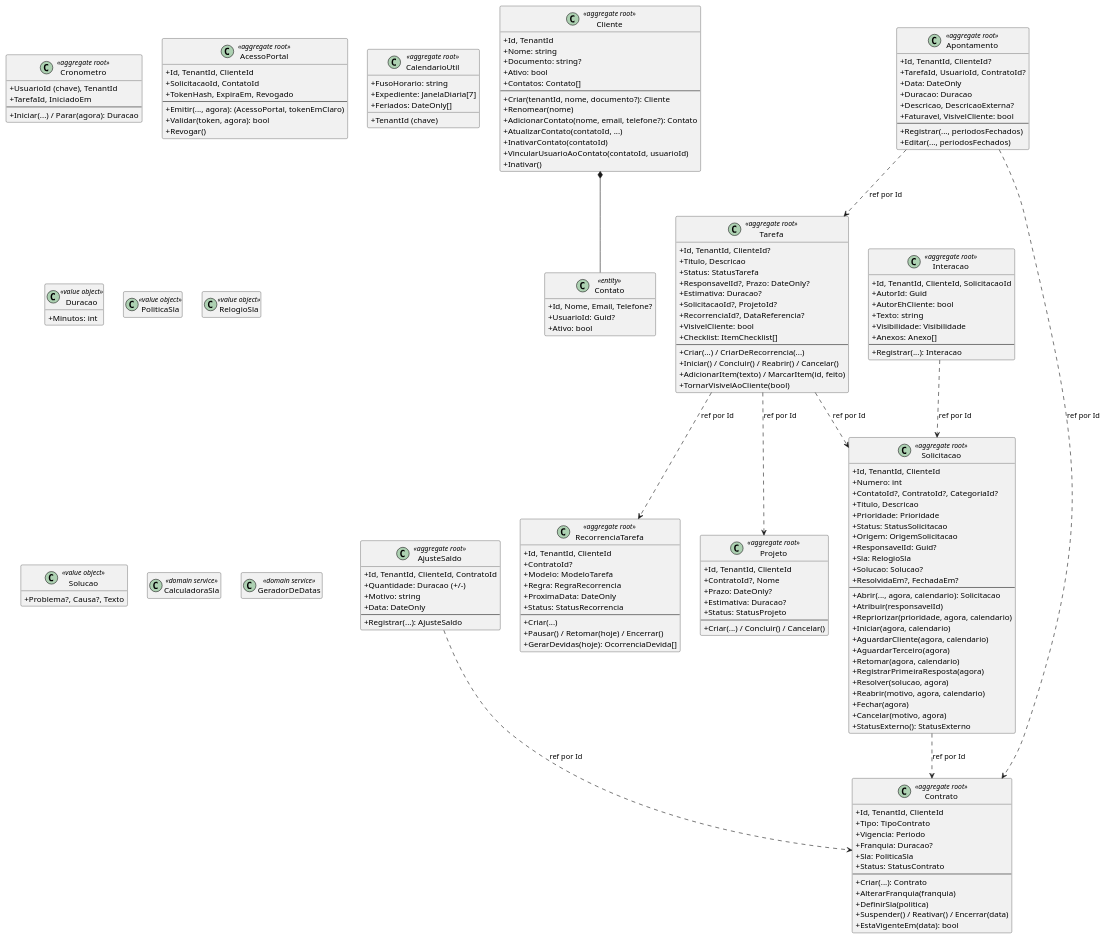
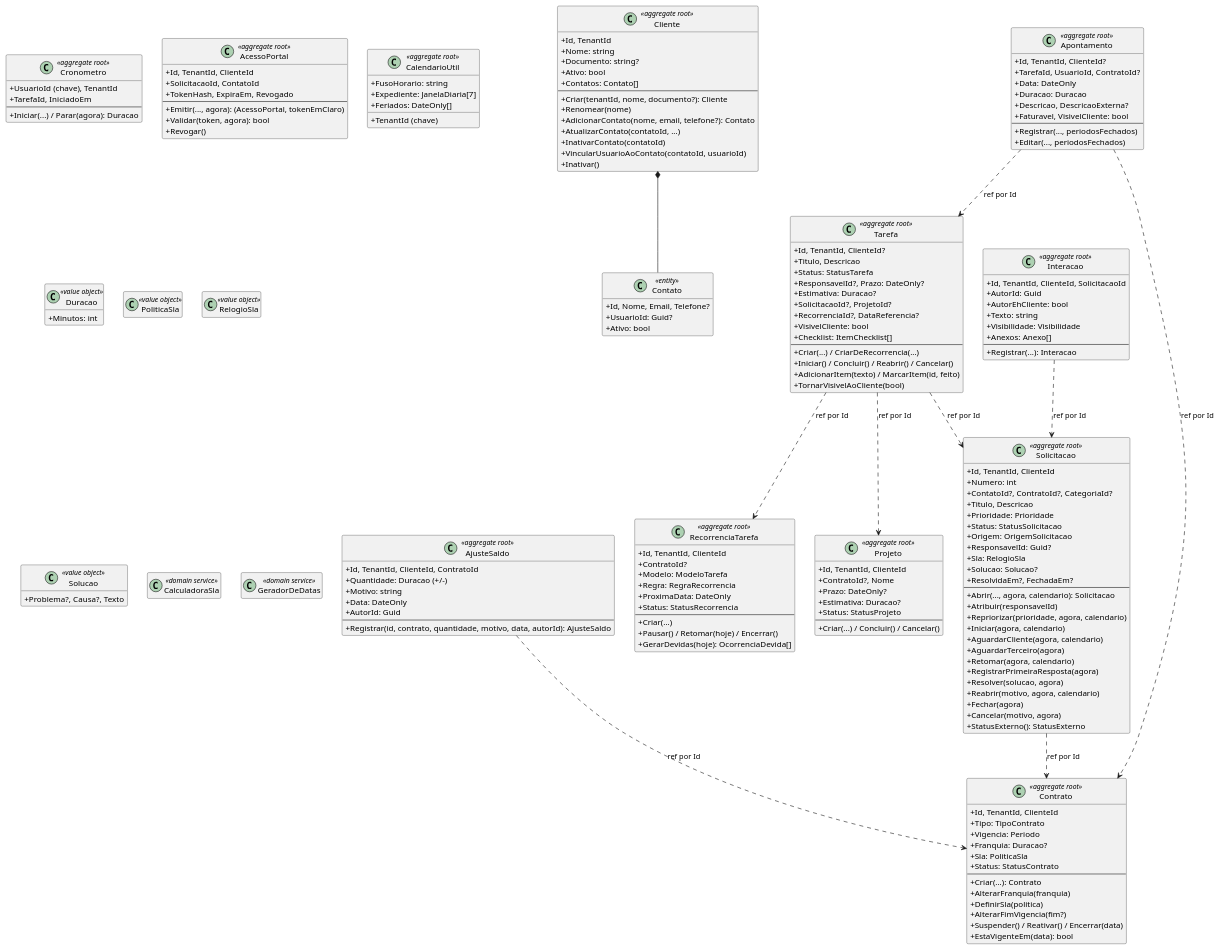
The diagram in docs/modelo-de-dominio-acordu.md (dansantxs/Acordu), drawn with PlantUML before and after one commit. The commit also changed other lines of this file and 1 other file, not shown here.

First line of the commit message:
docs: registra decisões de contrato no modelo e nas convenções

```diff
--- a/docs/modelo-de-dominio-acordu.md
+++ b/docs/modelo-de-dominio-acordu.md
@@ -64,6 +64,7 @@
   +Criar(...): Contrato
   +AlterarFranquia(franquia)
   +DefinirSla(politica)
+  +AlterarFimVigencia(fim?)
   +Suspender() / Reativar() / Encerrar(data)
   +EstaVigenteEm(data): bool
 }
@@ -73,8 +74,9 @@
   +Quantidade: Duracao (+/-)
   +Motivo: string
   +Data: DateOnly
+  +AutorId: Guid
   --
-  +Registrar(...): AjusteSaldo
+  +Registrar(id, contrato, quantidade, motivo, data, autorId): AjusteSaldo
 }
 
 class Solicitacao <<aggregate root>> {
```
